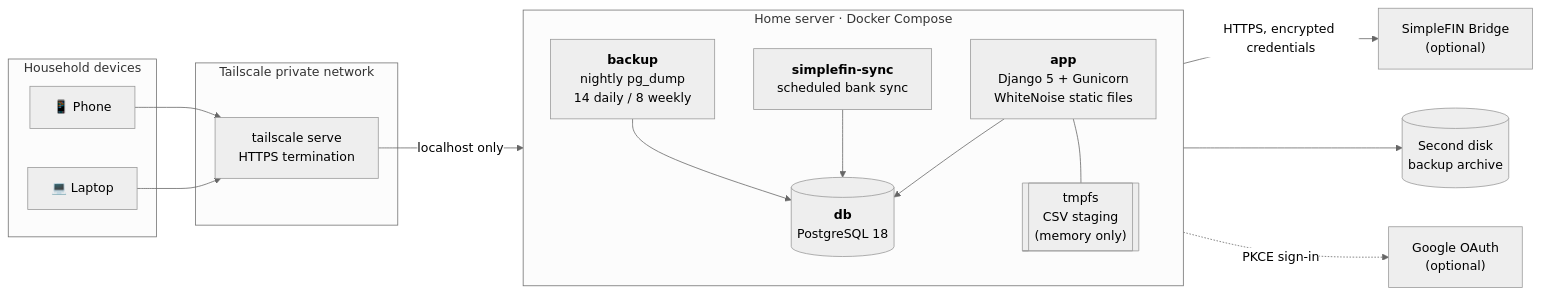
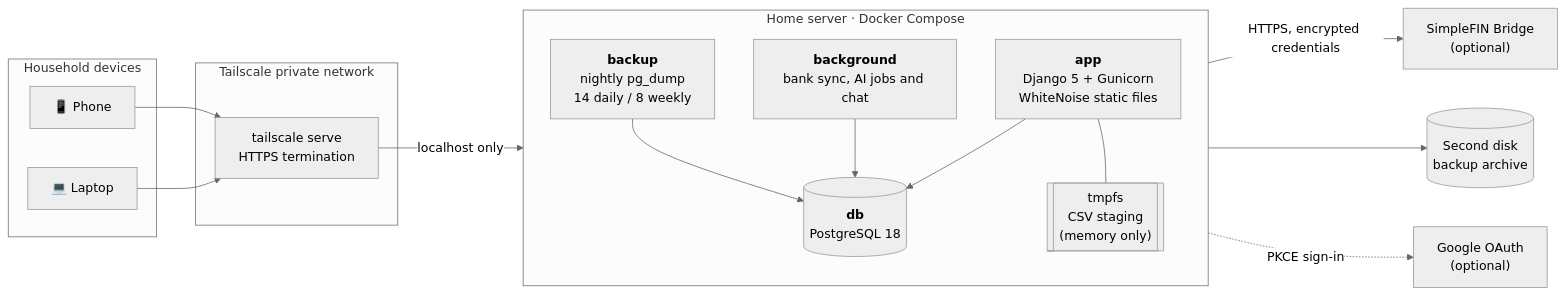
Before and after one commit to dflippojr/financial-planner: the second of 6 diagrams in README.md, drawn with Mermaid (neutral theme). The commit also changed other lines of this file and 17 other files, not shown here.

````diff
--- a/README.md
+++ b/README.md
@@ -86,35 +86,35 @@
 ```mermaid
 flowchart LR
     subgraph Devices["Household devices"]
         Phone["📱 Phone"]
         Laptop["💻 Laptop"]
     end
 
     subgraph Tailnet["Tailscale private network"]
         Serve["tailscale serve<br/>HTTPS termination"]
     end
 
     subgraph Host["Home server · Docker Compose"]
         direction TB
         App["<b>app</b><br/>Django 5 + Gunicorn<br/>WhiteNoise static files"]
-        Sync["<b>simplefin-sync</b><br/>scheduled bank sync"]
+        Sync["<b>background</b><br/>bank sync, AI jobs and chat"]
         Backup["<b>backup</b><br/>nightly pg_dump<br/>14 daily / 8 weekly"]
         DB[("<b>db</b><br/>PostgreSQL 18")]
         Tmp[["tmpfs<br/>CSV staging<br/>(memory only)"]]
     end
 
     Disk[("Second disk<br/>backup archive")]
     SimpleFIN["SimpleFIN Bridge<br/>(optional)"]
     Google["Google OAuth<br/>(optional)"]
 
     Phone --> Serve
     Laptop --> Serve
     Serve -->|"localhost only"| App
     App --> DB
     App --- Tmp
     Sync --> DB
     Sync -->|"HTTPS, encrypted credentials"| SimpleFIN
     Backup --> DB
     Backup --> Disk
     App -.->|"PKCE sign-in"| Google
 ```
````
